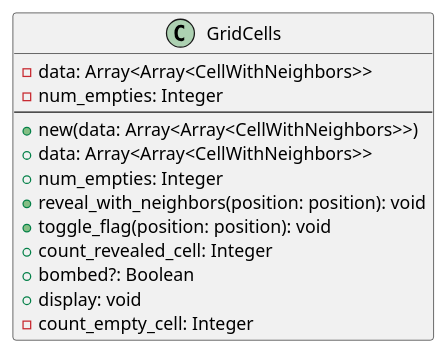
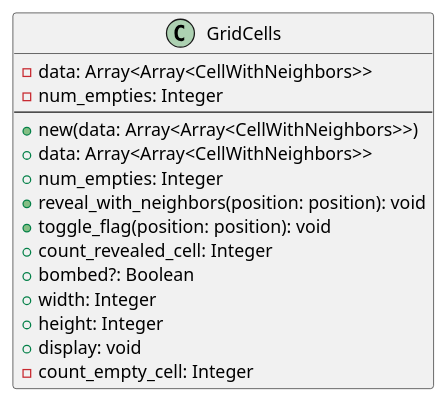
Before and after one commit to Yuhi-Sato/minesweeper: the diagram in diagrams/grid_cells_class.plantuml, drawn with PlantUML.

Commit message:
fix: 🐛 GridCellsのクラス図修正

```diff
--- a/diagrams/grid_cells_class.plantuml
+++ b/diagrams/grid_cells_class.plantuml
@@ -1,18 +1,20 @@
 @startuml grid_cells_class
 
 class GridCells {
     - data: Array<Array<CellWithNeighbors>>
     - num_empties: Integer
     --
     + new(data: Array<Array<CellWithNeighbors>>)
     + data: Array<Array<CellWithNeighbors>>
     + num_empties: Integer
     + reveal_with_neighbors(position: position): void
     + toggle_flag(position: position): void
     + count_revealed_cell: Integer
     + bombed?: Boolean
+    + width: Integer
+    + height: Integer
     + display: void
     - count_empty_cell: Integer
 }
 
 @enduml
```
